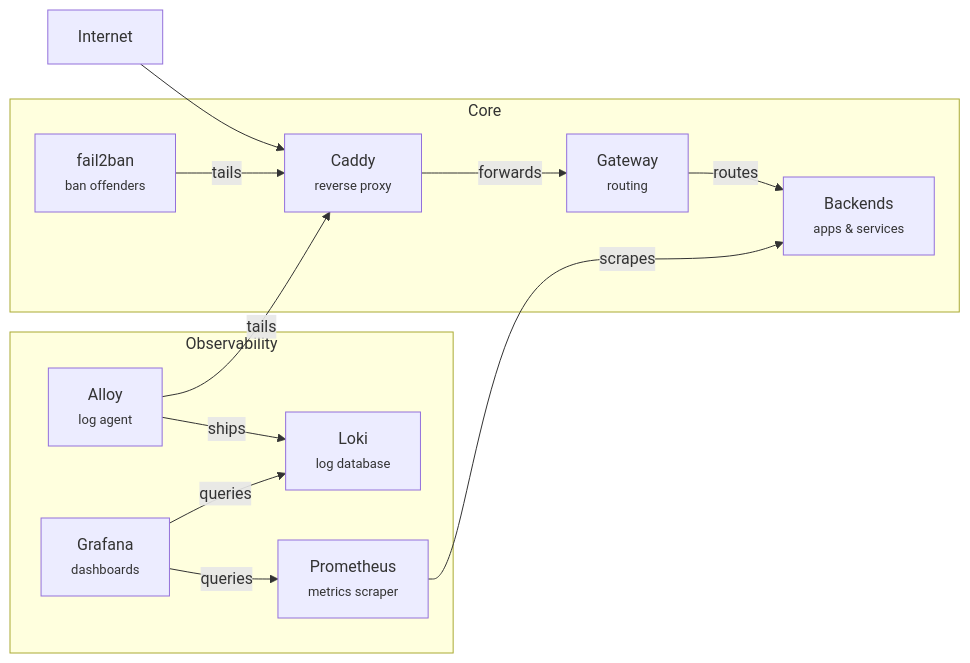
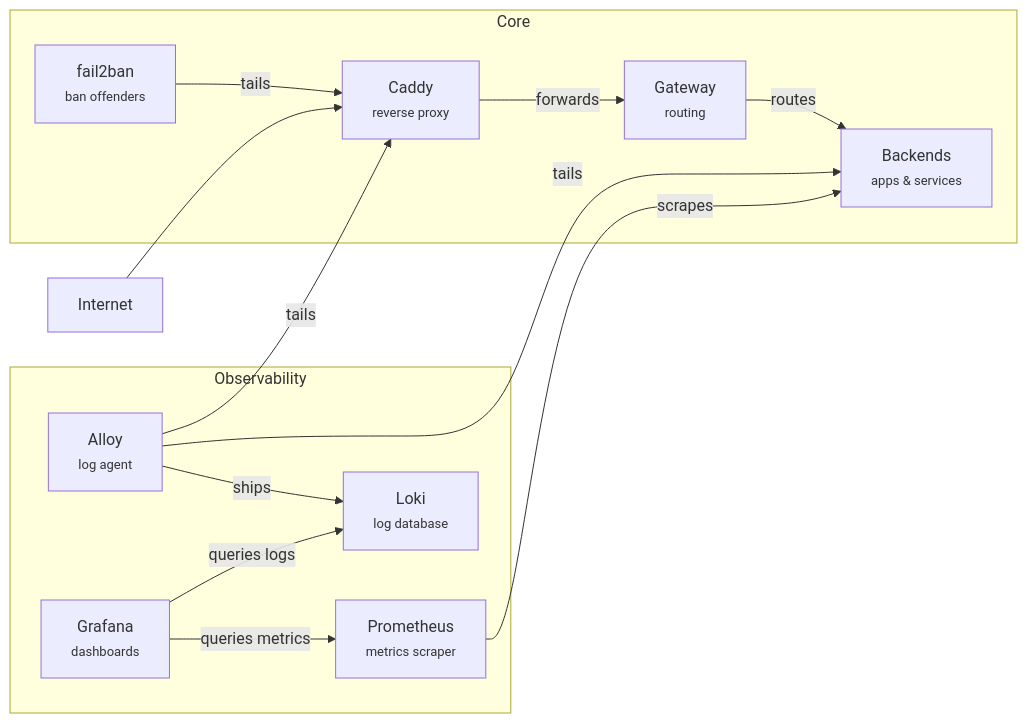
The diagram in README.md (dario-mr/shipyard), drawn with Mermaid before and after one commit. The commit also changed 7 other files, not shown here.

````diff
--- a/README.md
+++ b/README.md
@@ -10,26 +10,27 @@
 ```mermaid
 flowchart LR
     Internet["Internet"]
     Caddy["Caddy<br/><span style='font-size:13px'>reverse proxy</span>"]
     Gateway["Gateway<br/><span style='font-size:13px'>routing</span>"]
     Backends["Backends<br/><span style='font-size:13px'>apps & services</span>"]
     fail2ban["fail2ban<br/><span style='font-size:13px'>ban offenders</span>"]
     Alloy["Alloy<br/><span style='font-size:13px'>log agent</span>"]
     Loki["Loki<br/><span style='font-size:13px'>log database</span>"]
     Prometheus["Prometheus<br/><span style='font-size:13px'>metrics scraper</span>"]
     Grafana["Grafana<br/><span style='font-size:13px'>dashboards</span>"]
     Internet --> Caddy
 
     subgraph Core
         Caddy -->|forwards| Gateway -->|routes| Backends
         fail2ban -->|tails| Caddy
     end
 
     subgraph Observability
         Alloy -->|tails| Caddy
+        Alloy -->|tails| Backends
         Alloy -->|ships| Loki
-        Grafana -->|queries| Loki
-        Grafana -->|queries| Prometheus
+        Grafana -->|queries logs| Loki
+        Grafana -->|queries metrics| Prometheus
         Prometheus -->|scrapes| Backends
     end
 ```
````
